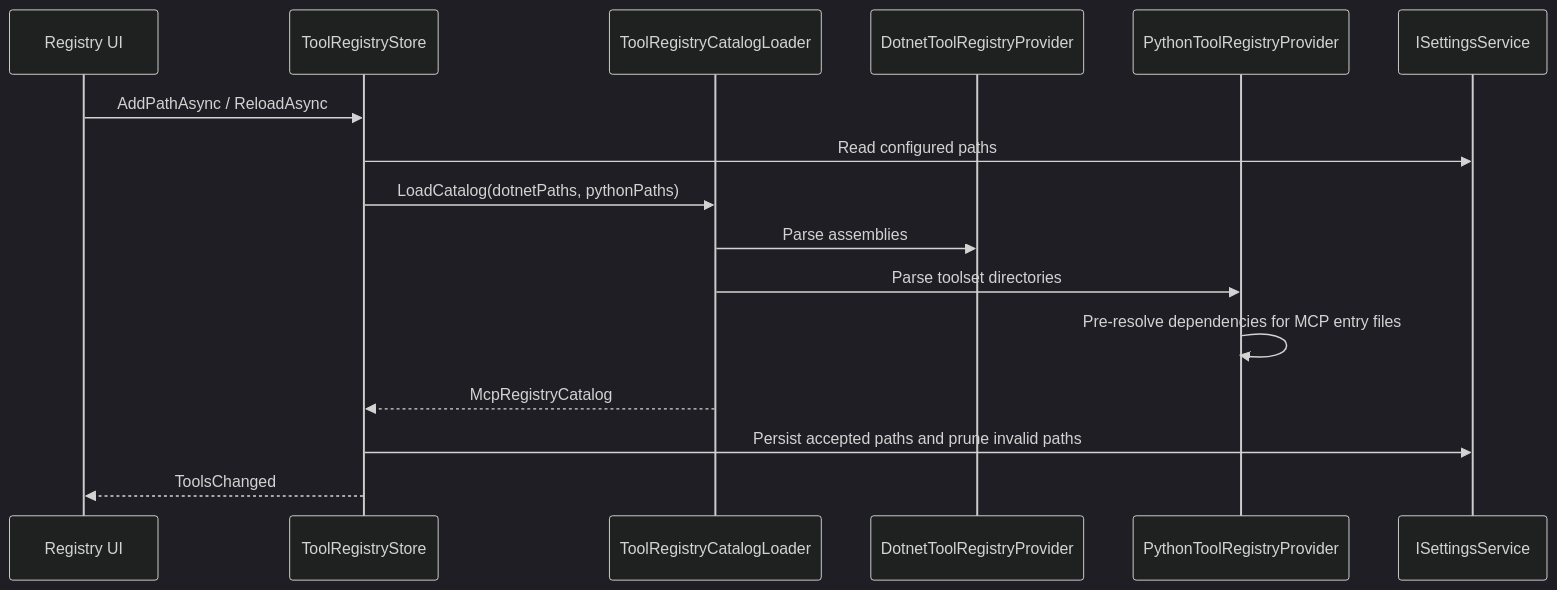
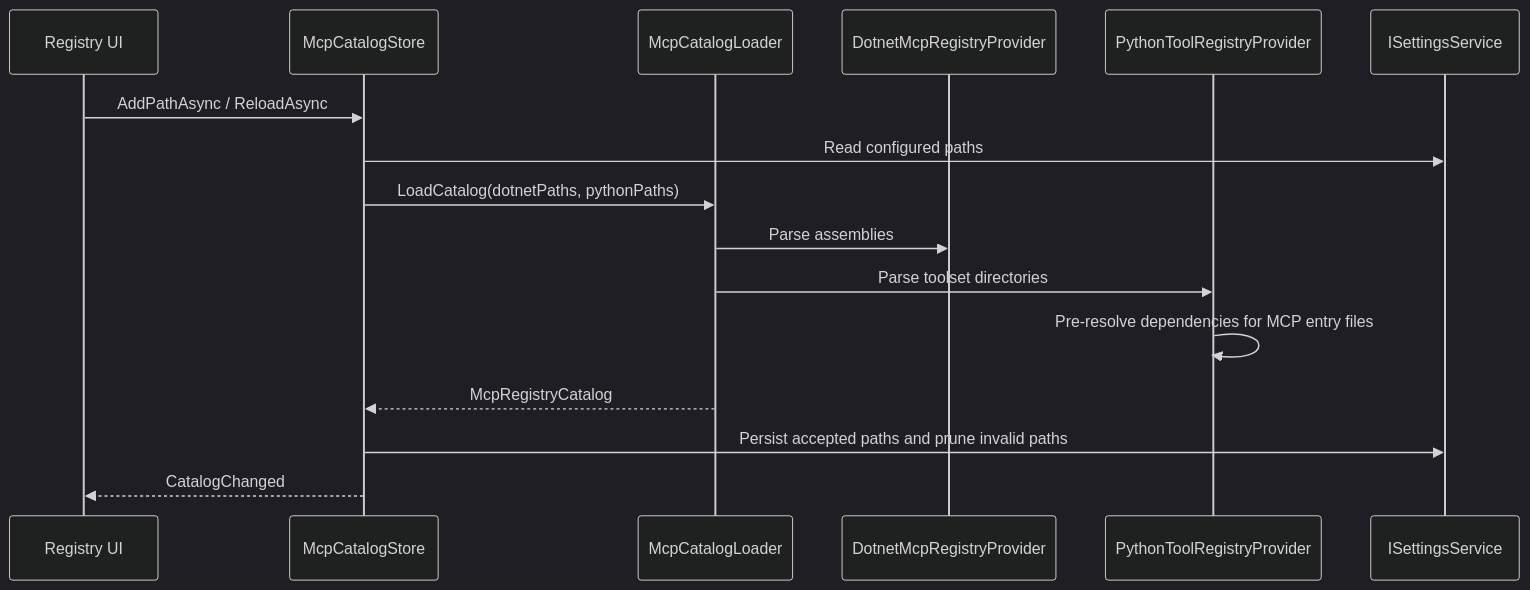
The second of 2 diagrams in docs/MCP/in-host-runtime.md (trgiangv/RevitDevTool), drawn with Mermaid (dark theme) before and after one commit. The commit also changed other lines of this file and 114 other files, not shown here.

First line of the commit message:
refactor(mcp): consolidate MCP layer architecture

````diff
--- a/docs/MCP/in-host-runtime.md
+++ b/docs/MCP/in-host-runtime.md
@@ -37,19 +37,19 @@
 ```mermaid
 sequenceDiagram
     participant UI as Registry UI
-    participant Store as ToolRegistryStore
-    participant Loader as ToolRegistryCatalogLoader
-    participant Dotnet as DotnetToolRegistryProvider
+    participant Store as McpCatalogStore
+    participant Loader as McpCatalogLoader
+    participant Dotnet as DotnetMcpRegistryProvider
     participant Python as PythonToolRegistryProvider
     participant Settings as ISettingsService
 
     UI->>Store: AddPathAsync / ReloadAsync
     Store->>Settings: Read configured paths
     Store->>Loader: LoadCatalog(dotnetPaths, pythonPaths)
     Loader->>Dotnet: Parse assemblies
     Loader->>Python: Parse toolset directories
     Python->>Python: Pre-resolve dependencies for MCP entry files
     Loader-->>Store: McpRegistryCatalog
     Store->>Settings: Persist accepted paths and prune invalid paths
-    Store-->>UI: ToolsChanged
+    Store-->>UI: CatalogChanged
 ```
````
